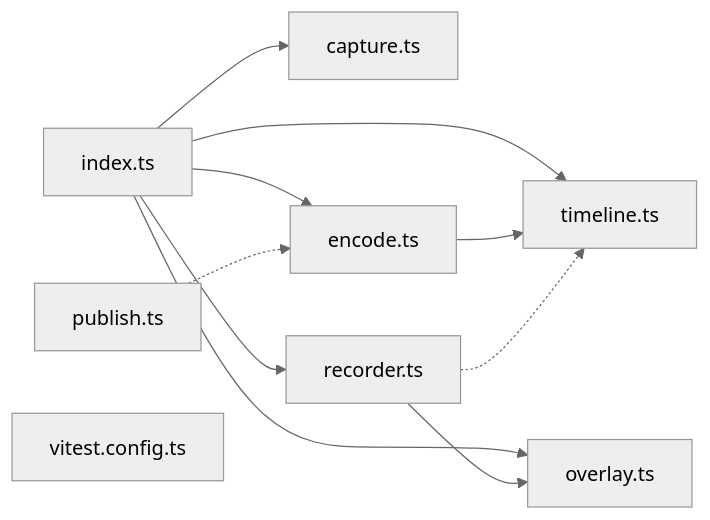
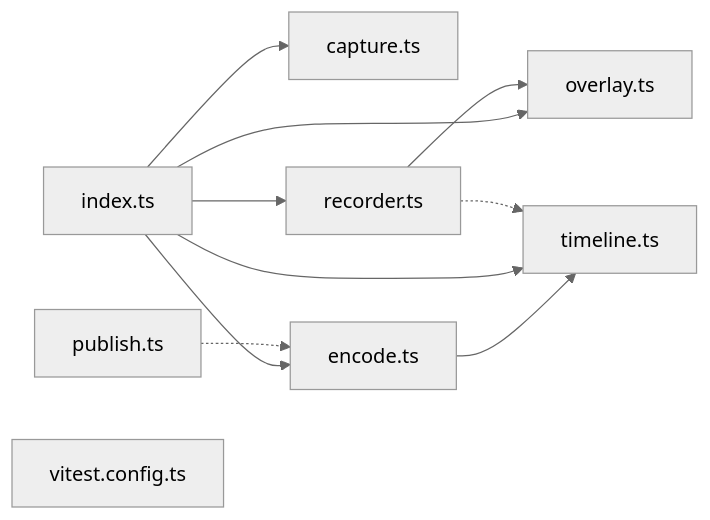
The diagram in map/generated/imports/@wren+video.md (wrenautomation/wren), drawn with Mermaid (neutral theme) before and after one commit. The commit also changed other lines of this file and 96 other files, not shown here.

````diff
--- a/map/generated/imports/@wren+video.md
+++ b/map/generated/imports/@wren+video.md
@@ -17,20 +17,20 @@
 ```mermaid
 flowchart LR
-  nindex_ts["index.ts"]
   ncapture_ts["capture.ts"]
   nencode_ts["encode.ts"]
+  nindex_ts["index.ts"]
+  noverlay_ts["overlay.ts"]
+  npublish_ts["publish.ts"]
+  nrecorder_ts["recorder.ts"]
   ntimeline_ts["timeline.ts"]
-  noverlay_ts["overlay.ts"]
-  nrecorder_ts["recorder.ts"]
-  npublish_ts["publish.ts"]
   nvitest_config_ts["vitest.config.ts"]
+  nencode_ts --> ntimeline_ts
   nindex_ts --> ncapture_ts
   nindex_ts --> nencode_ts
   nindex_ts --> noverlay_ts
   nindex_ts --> nrecorder_ts
   nindex_ts --> ntimeline_ts
-  nencode_ts --> ntimeline_ts
+  npublish_ts -.-> nencode_ts
   nrecorder_ts --> noverlay_ts
   nrecorder_ts -.-> ntimeline_ts
-  npublish_ts -.-> nencode_ts
 ```
````
